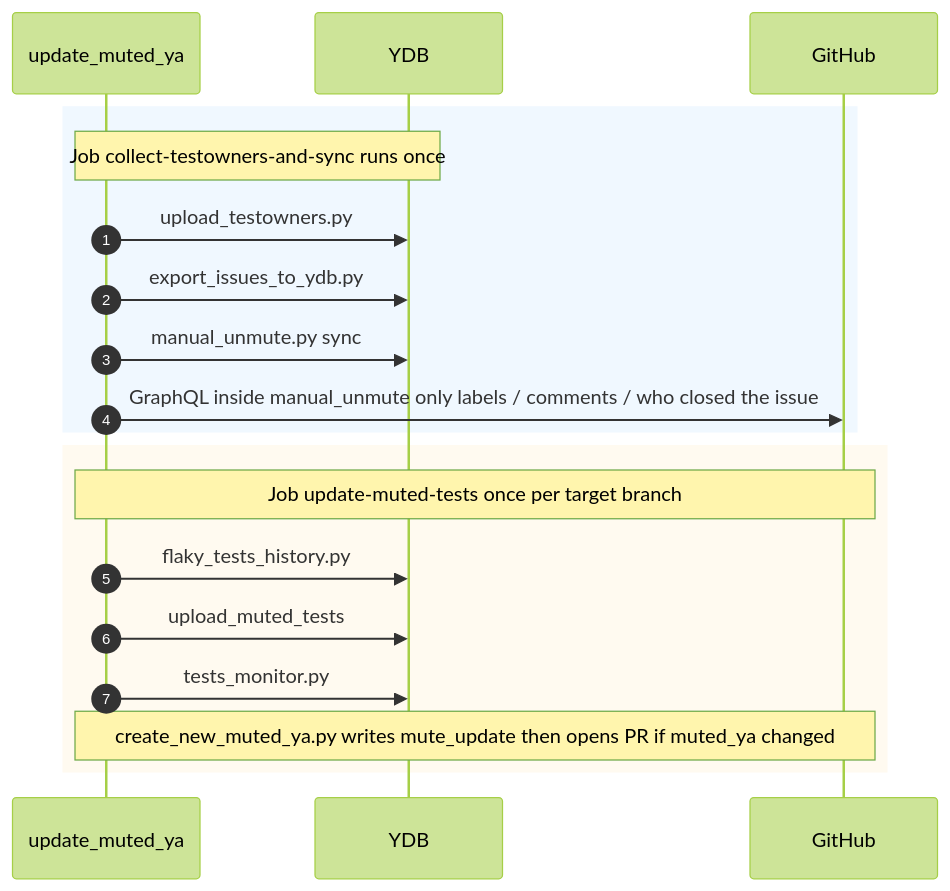
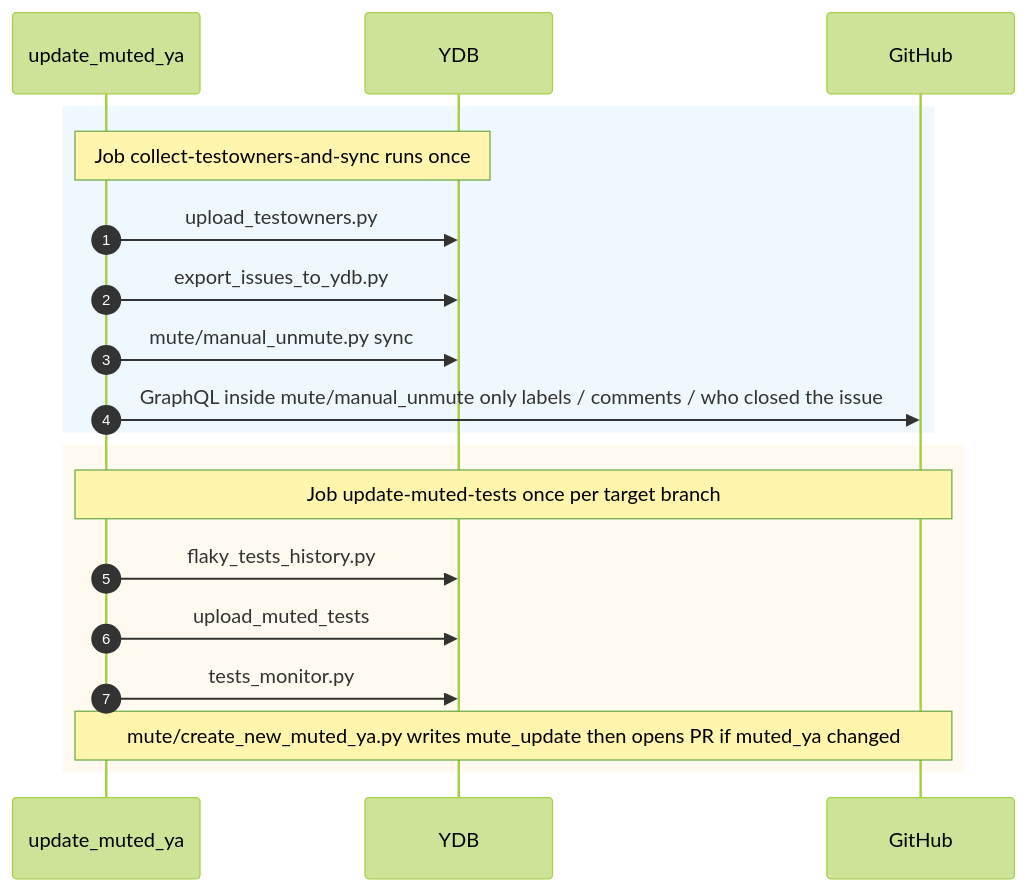
The second of 4 diagrams in .github/config/mute_rules.md (ydb-platform/ydb), drawn with Mermaid (forest theme) before and after one commit. The commit also changed other lines of this file and 11 other files, not shown here.

First line of the commit message:
Refactor mute management scripts and enhance fast-unmute functionality

````diff
--- a/.github/config/mute_rules.md
+++ b/.github/config/mute_rules.md
@@ -225,23 +225,23 @@
 ```mermaid
 sequenceDiagram
     autonumber
     participant WF as update_muted_ya
     participant YDB as YDB
     participant GH as GitHub
 
     rect rgb(240, 248, 255)
         Note over WF,YDB: Job collect-testowners-and-sync runs once
         WF->>YDB: upload_testowners.py
         WF->>YDB: export_issues_to_ydb.py
-        WF->>YDB: manual_unmute.py sync
-        WF->>GH: GraphQL inside manual_unmute only labels / comments / who closed the issue
+        WF->>YDB: mute/manual_unmute.py sync
+        WF->>GH: GraphQL inside mute/manual_unmute only labels / comments / who closed the issue
     end
 
     rect rgb(255, 250, 240)
         Note over WF,GH: Job update-muted-tests once per target branch
         WF->>YDB: flaky_tests_history.py
         WF->>YDB: upload_muted_tests
         WF->>YDB: tests_monitor.py
-        Note over WF,GH: create_new_muted_ya.py writes mute_update then opens PR if muted_ya changed
+        Note over WF,GH: mute/create_new_muted_ya.py writes mute_update then opens PR if muted_ya changed
     end
 ```
````
